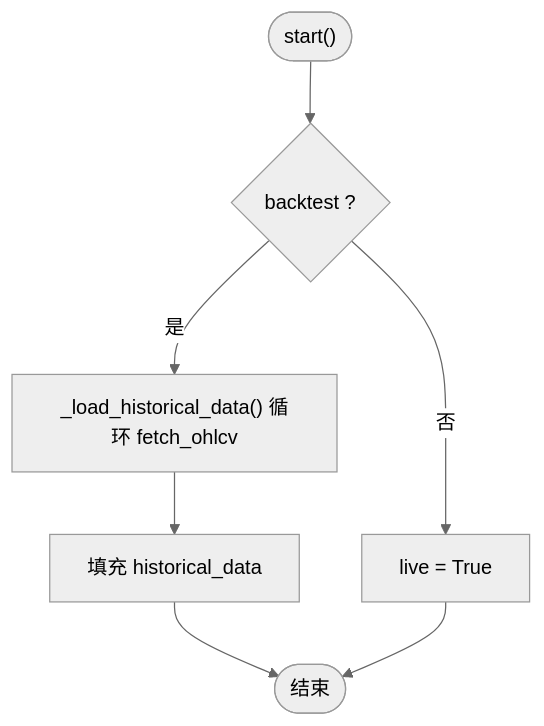
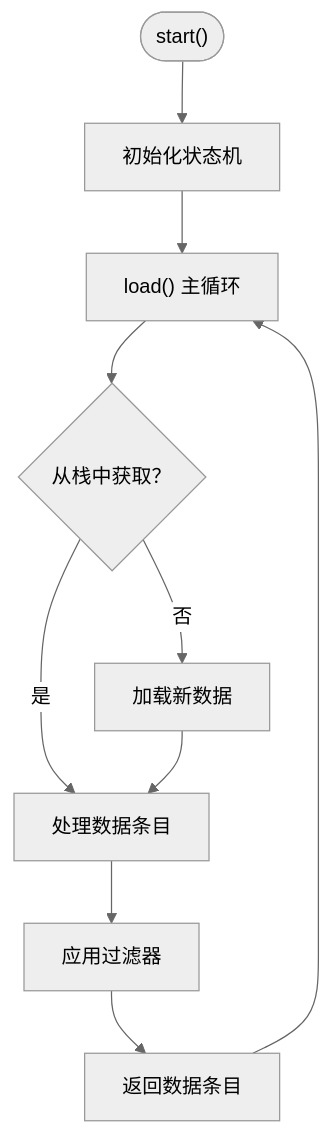
The fifth of 8 diagrams in .qoder/repowiki/zh/content/实盘交易模块/架构设计概览.md (bench-prog/backtrader), drawn with Mermaid (neutral theme) before and after one commit. The commit also changed other lines of this file and 23 other files, not shown here.

````diff
--- a/.qoder/repowiki/zh/content/实盘交易模块/架构设计概览.md
+++ b/.qoder/repowiki/zh/content/实盘交易模块/架构设计概览.md
@@ -343,9 +245,12 @@
 ```mermaid
 flowchart TD
-Start(["start()"]) --> Mode{"backtest ?"}
-Mode --> |是| LoadHist["_load_historical_data() 循环 fetch_ohlcv"]
-LoadHist --> HistDone["填充 historical_data"]
-Mode --> |否| Live["live = True"]
-HistDone --> End(["结束"])
-Live --> End
+Start(["start()"]) --> State["初始化状态机"]
+State --> LoadLoop["load() 主循环"]
+LoadLoop --> FromStack{"从栈中获取？"}
+FromStack --> |是| ProcessBar["处理数据条目"]
+FromStack --> |否| LoadData["加载新数据"]
+LoadData --> ProcessBar
+ProcessBar --> Filters["应用过滤器"]
+Filters --> ReturnBar["返回数据条目"]
+ReturnBar --> LoadLoop
 ```
````
